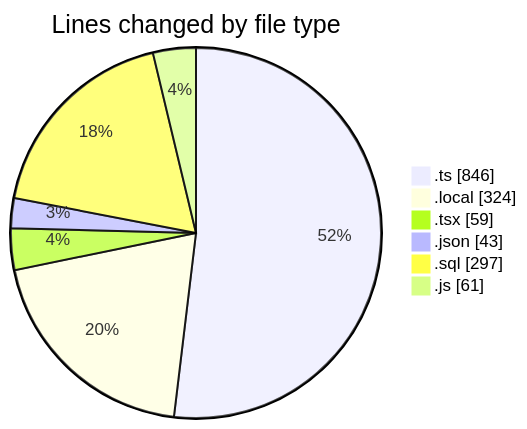
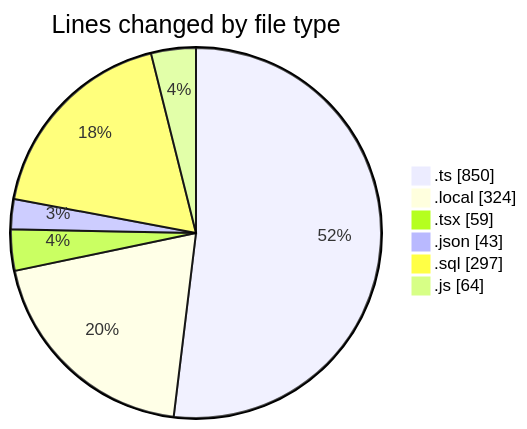
One commit to FixMe24/code-tracking changed the first of 2 diagrams in 2025-05-20/fixme24/README.md. Above: the diagram before and after it, drawn with Mermaid. The commit also changed other lines of this file and 1 other file, not shown here.

````diff
--- a/2025-05-20/fixme24/README.md
+++ b/2025-05-20/fixme24/README.md
@@ -34,10 +34,10 @@
 ```mermaid
 pie showData
 title Lines changed by file type
-".ts" : 846
+".ts" : 850
 ".local" : 324
 ".tsx" : 59
 ".json" : 43
 ".sql" : 297
-".js" : 61
+".js" : 64
 ```
````
